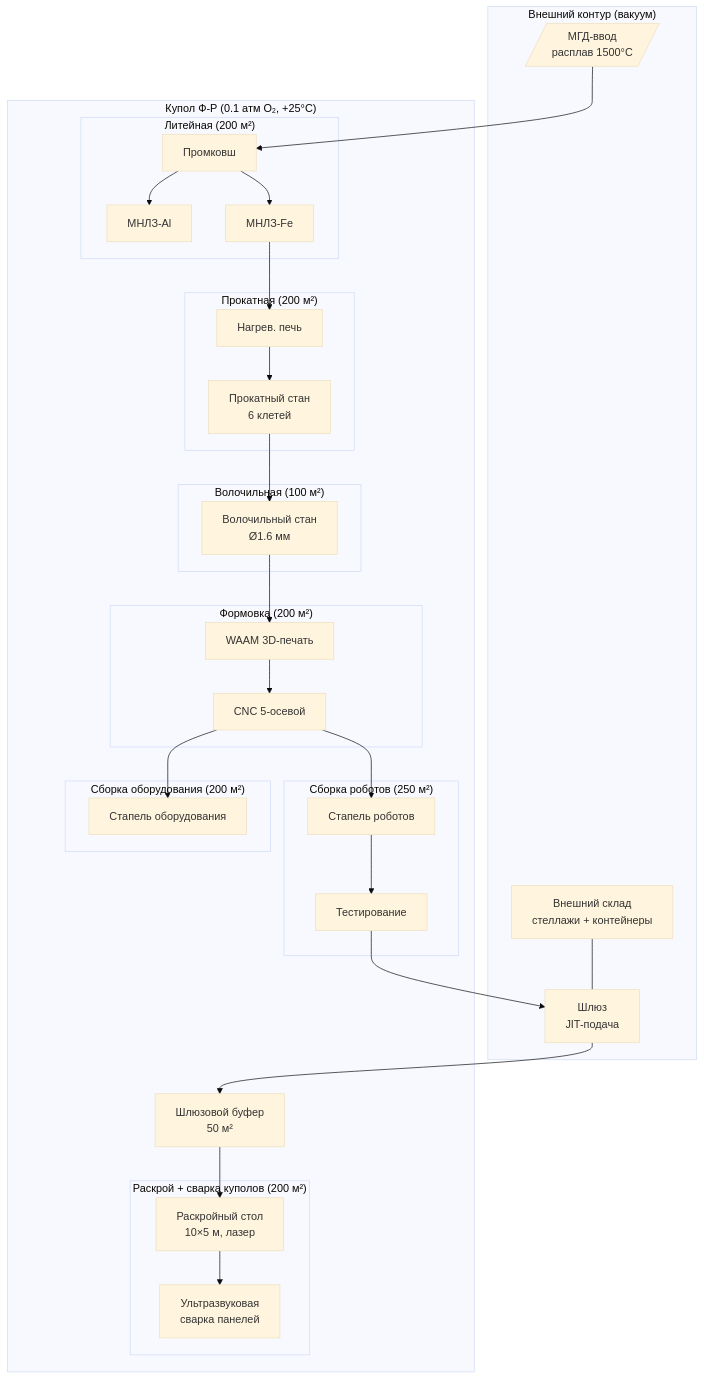
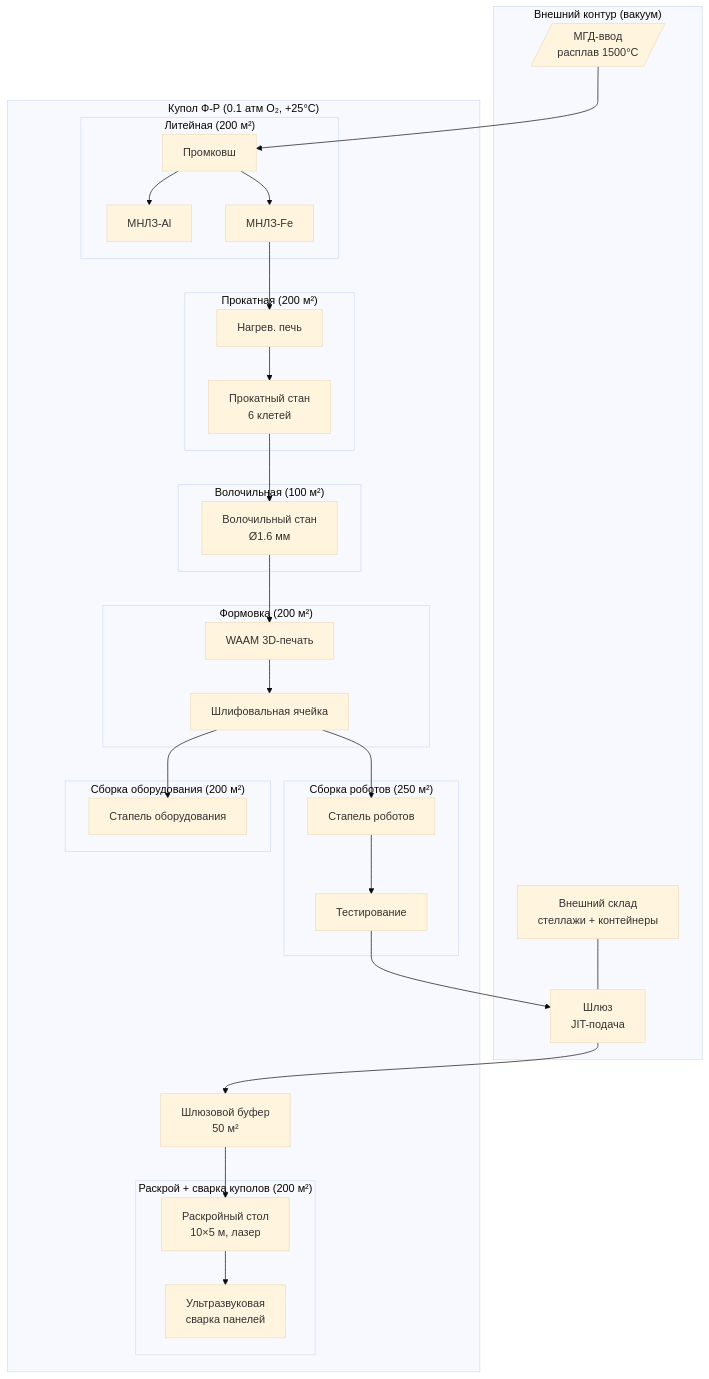
Before and after one commit to DmitryNasikanov/infinite-energy: the first of 3 diagrams in ru/science/detailed/factories/overview.qmd, drawn with Mermaid (base theme). The commit also changed other lines of this file and 35 other files, not shown here.

````diff
--- a/ru/science/detailed/factories/overview.qmd
+++ b/ru/science/detailed/factories/overview.qmd
@@ -84,56 +84,56 @@
 ```{mermaid}
 flowchart TD
     subgraph EXTERNAL["Внешний контур (вакуум)"]
         MHD[/"МГД-ввод<br/>расплав 1500°C"/]
         LOCK["Шлюз<br/>JIT-подача"]
         STORAGE["Внешний склад<br/>стеллажи + контейнеры"]
     end
 
     subgraph DOME["Купол Ф-Р (0.1 атм O₂, +25°C)"]
         subgraph CASTING["Литейная (200 м²)"]
             TUNDISH["Промковш"]
             MNLZ_AL["МНЛЗ-Al"]
             MNLZ_FE["МНЛЗ-Fe"]
         end
 
         subgraph ROLLING["Прокатная (200 м²)"]
             FURNACE["Нагрев. печь"]
             MILL["Прокатный стан<br/>6 клетей"]
         end
 
         subgraph WIREDRAW["Волочильная (100 м²)"]
             WIRE["Волочильный стан<br/>Ø1.6 мм"]
         end
 
         subgraph FORMING["Формовка (200 м²)"]
             WAAM["WAAM 3D-печать"]
-            CNC["CNC 5-осевой"]
+            GRIND["Шлифовальная ячейка"]
         end
 
         subgraph ROBOTS["Сборка роботов (250 м²)"]
             STAP_R["Стапель роботов"]
             TEST_R["Тестирование"]
         end
 
         subgraph DOMES["Раскрой + сварка куполов (200 м²)"]
             CUT["Раскройный стол<br/>10×5 м, лазер"]
             WELD["Ультразвуковая<br/>сварка панелей"]
         end
 
         subgraph EQUIP["Сборка оборудования (200 м²)"]
             STAP_E["Стапель оборудования"]
         end
 
         BUFFER["Шлюзовой буфер<br/>50 м²"]
     end
 
     MHD --> TUNDISH
     TUNDISH --> MNLZ_AL & MNLZ_FE
     MNLZ_FE --> FURNACE --> MILL
-    MILL --> WIRE --> WAAM --> CNC
-    CNC --> STAP_R & STAP_E
+    MILL --> WIRE --> WAAM --> GRIND
+    GRIND --> STAP_R & STAP_E
     LOCK --> BUFFER
     BUFFER --> CUT --> WELD
     STAP_R --> TEST_R --> LOCK
     STORAGE --- LOCK
 ```
````
